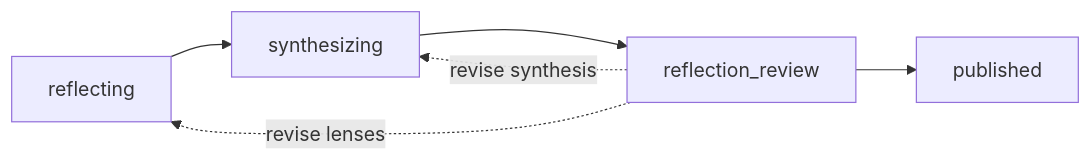
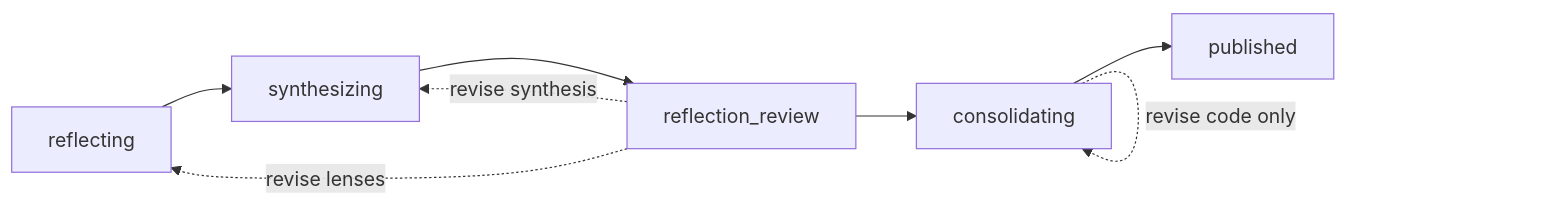
Before and after one commit to NGXT-Inc/Merv: the second of 2 diagrams in merv/README.md, drawn with Mermaid. The commit also changed other lines of this file and 101 other files, not shown here.

````diff
--- a/merv/README.md
+++ b/merv/README.md
@@ -59,6 +78,7 @@
 ```mermaid
 flowchart LR
-    reflecting --> synthesizing --> reflection_review --> published
+    reflecting --> synthesizing --> reflection_review --> consolidating --> published
     reflection_review -. revise lenses .-> reflecting
     reflection_review -. revise synthesis .-> synthesizing
+    consolidating -. revise code only .-> consolidating
 ```
````
